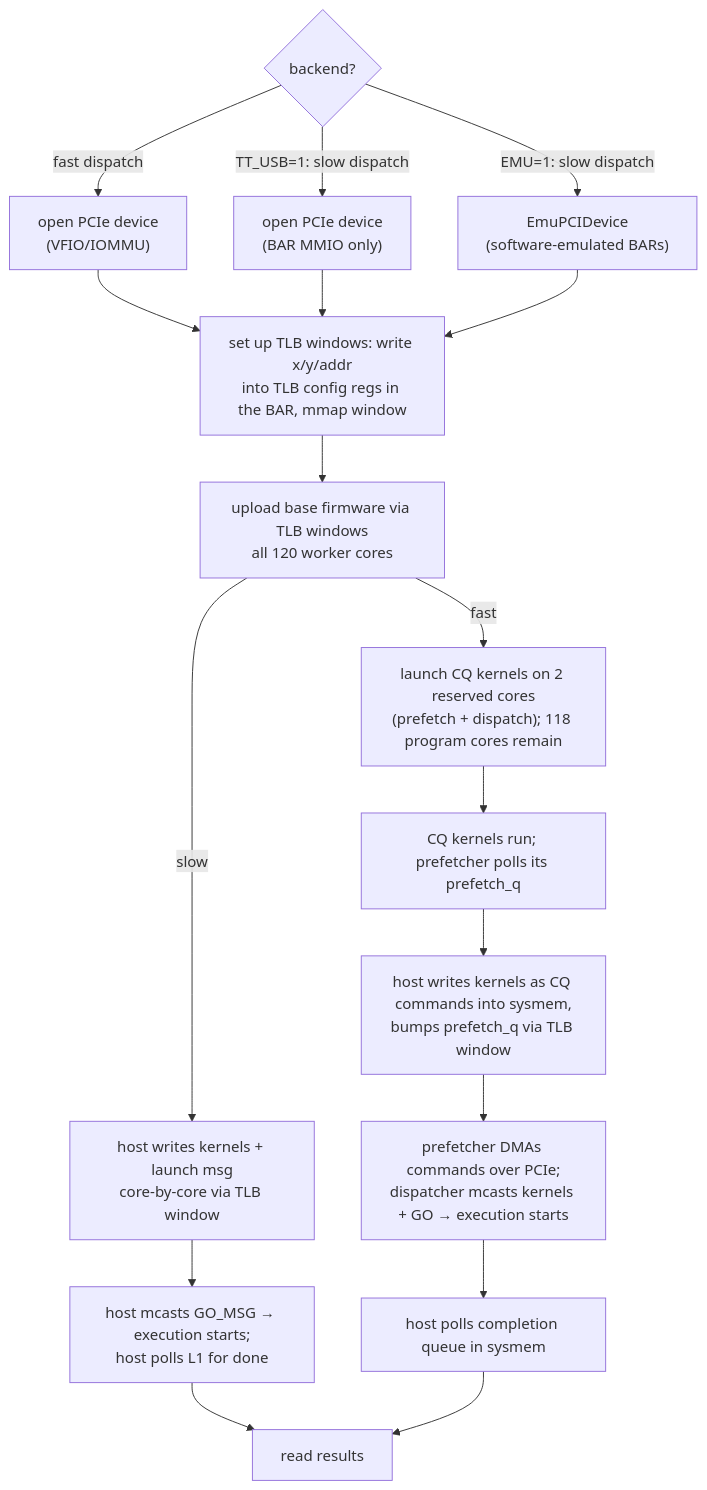
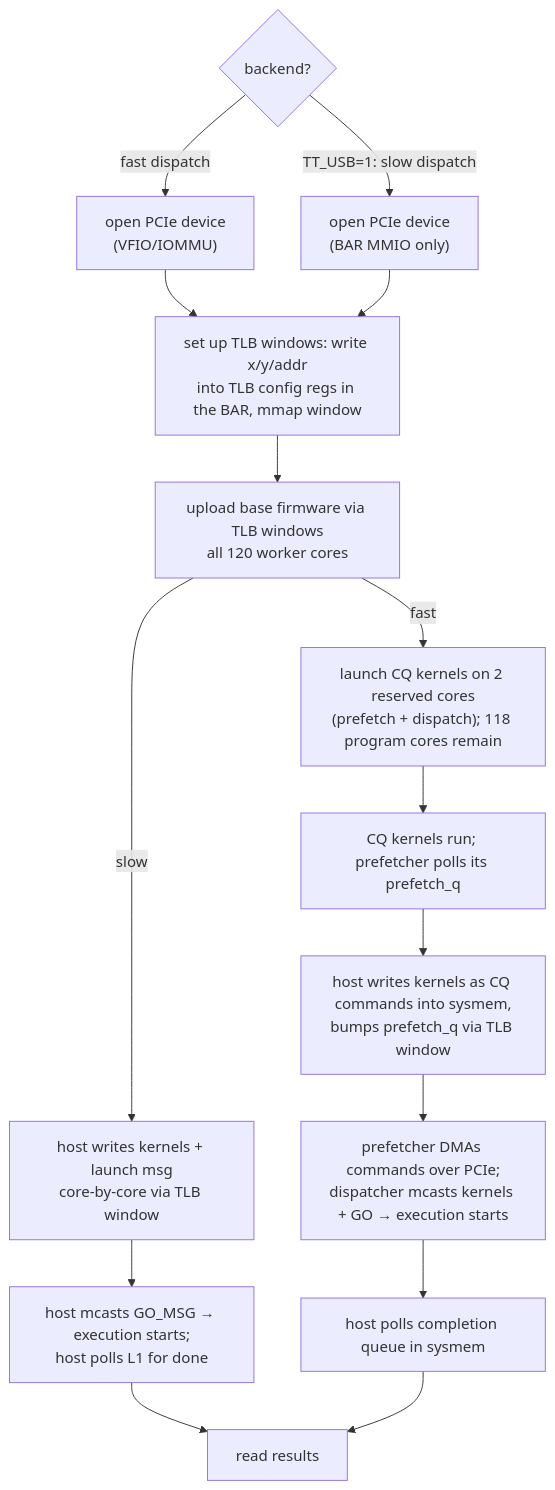
One commit to boopdotpng/blackhole-py changed the diagram in docs/abstractions.md. Above: the diagram before and after it, drawn with Mermaid. The commit also changed other lines of this file and 171 other files, not shown here.

````diff
--- a/docs/abstractions.md
+++ b/docs/abstractions.md
@@ -5,25 +5,23 @@
 ```mermaid
 flowchart TD
     E{"backend?"}
     E -- "fast dispatch" --> V["open PCIe device<br/>(VFIO/IOMMU)"]
     E -- "TT_USB=1: slow dispatch" --> U["open PCIe device<br/>(BAR MMIO only)"]
-    E -- "EMU=1: slow dispatch" --> EM["EmuPCIDevice<br/>(software-emulated BARs)"]
 
     V --> T
-    U --> T
-    EM --> T["set up TLB windows: write x/y/addr<br/>into TLB config regs in the BAR, mmap window"]
+    U --> T["set up TLB windows: write x/y/addr<br/>into TLB config regs in the BAR, mmap window"]
 
     T --> FW["upload base firmware via TLB windows<br/>all 120 worker cores"]
 
     FW -- "slow" --> S1["host writes kernels + launch msg<br/>core-by-core via TLB window"]
     S1 --> S2["host mcasts GO_MSG → execution starts;<br/>host polls L1 for done"]
 
     FW -- "fast" --> CQ["launch CQ kernels on 2 reserved cores<br/>(prefetch + dispatch); 118 program cores remain"]
     CQ --> F1["CQ kernels run; prefetcher polls its prefetch_q"]
     F1 --> F2["host writes kernels as CQ commands into sysmem,<br/>bumps prefetch_q via TLB window"]
     F2 --> F3["prefetcher DMAs commands over PCIe;<br/>dispatcher mcasts kernels + GO → execution starts"]
     F3 --> F4["host polls completion queue in sysmem"]
 
     S2 --> Z["read results"]
     F4 --> Z
 ```
````
